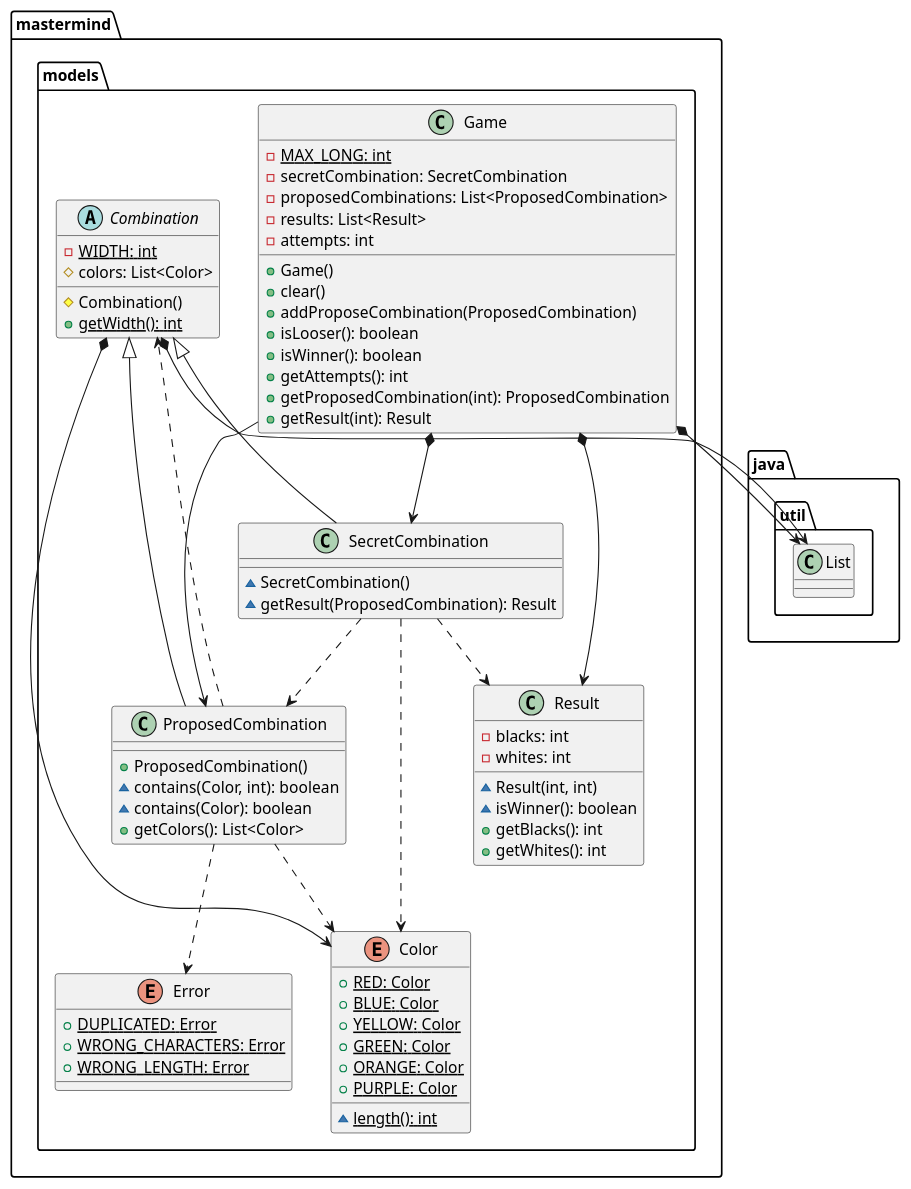
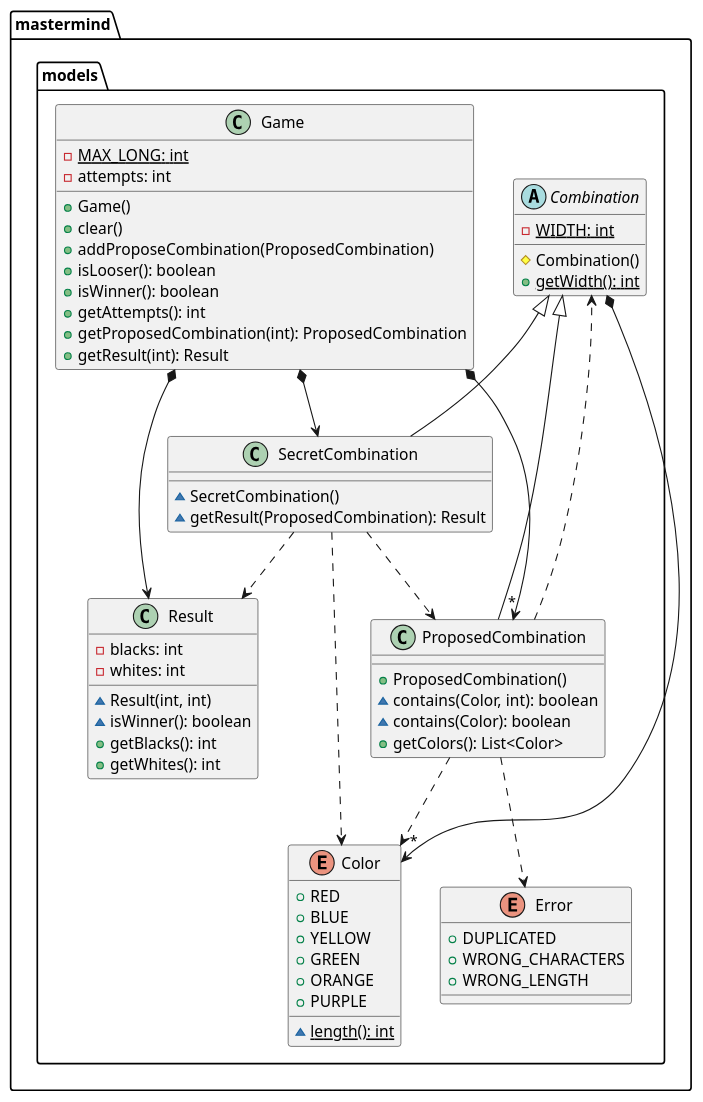
One commit to SantaTecla-mastermind/solution.java.swing.socket.sql changed the third of 4 diagrams in documentView/console/docs/diagrams/src/paquetes.plantuml. Above: the diagram before and after it, drawn with PlantUML. The commit also changed other lines of this file and 5 other files, not shown here.

Commit message:
Finalizada la modificación de diagramas

```diff
--- a/documentView/console/docs/diagrams/src/paquetes.plantuml
+++ b/documentView/console/docs/diagrams/src/paquetes.plantuml
@@ -122,76 +131,70 @@
 @startuml mastermind.models
-enum  mastermind.models.Color{
-+ {static} RED: Color
-+ {static} BLUE: Color
-+ {static} YELLOW: Color
-+ {static} GREEN: Color
-+ {static} ORANGE: Color
-+ {static} PURPLE: Color
+enum mastermind.models.Color {
++ RED
++ BLUE
++ YELLOW
++ GREEN
++ ORANGE
++ PURPLE
 ~ {static} length(): int
 }
 
-abstract class  mastermind.models.Combination{
+abstract class mastermind.models.Combination {
 - {static} WIDTH: int
-# colors: List<Color>
 # Combination()
 + {static} getWidth(): int
 }
-mastermind.models.Combination *-down-> java.util.List
-mastermind.models.Combination *-down-> mastermind.models.Color
+mastermind.models.Combination *-down-> "*" mastermind.models.Color
 
-enum  mastermind.models.Error{
-+ {static} DUPLICATED: Error
-+ {static} WRONG_CHARACTERS: Error
-+ {static} WRONG_LENGTH: Error
+enum mastermind.models.Error {
++ DUPLICATED
++ WRONG_CHARACTERS
++ WRONG_LENGTH
 }
 
-class  mastermind.models.Game{
+class mastermind.models.Game {
 - {static} MAX_LONG: int
-- secretCombination: SecretCombination
-- proposedCombinations: List<ProposedCombination>
-- results: List<Result>
 - attempts: int
 + Game()
 + clear()
 + addProposeCombination(ProposedCombination)
 + isLooser(): boolean
 + isWinner(): boolean
 + getAttempts(): int
 + getProposedCombination(int): ProposedCombination
 + getResult(int): Result
 }
-mastermind.models.Game *-down-> java.util.List
 mastermind.models.Game *-down-> mastermind.models.SecretCombination
 mastermind.models.Game *-down-> mastermind.models.Result
-mastermind.models.Game --> mastermind.models.ProposedCombination
+mastermind.models.Game *-down-> "*" mastermind.models.ProposedCombination
 
-class  mastermind.models.ProposedCombination{
+class mastermind.models.ProposedCombination {
 + ProposedCombination()
 ~ contains(Color, int): boolean
 ~ contains(Color): boolean
 + getColors(): List<Color>
 }
 mastermind.models.Combination <|-down- mastermind.models.ProposedCombination
 mastermind.models.ProposedCombination ..> mastermind.models.Error
 mastermind.models.ProposedCombination ..> mastermind.models.Color
 
-class  mastermind.models.Result{
+class mastermind.models.Result {
 - blacks: int
 - whites: int
 ~ Result(int, int)
 ~ isWinner(): boolean
 + getBlacks(): int
 + getWhites(): int
 }
 
 mastermind.models.ProposedCombination ..> mastermind.models.Combination
 
-class  mastermind.models.SecretCombination{
+class mastermind.models.SecretCombination {
 ~ SecretCombination()
 ~ getResult(ProposedCombination): Result
 }
 mastermind.models.Combination <|-down- mastermind.models.SecretCombination
 mastermind.models.SecretCombination ..> mastermind.models.Result
 mastermind.models.SecretCombination ..> mastermind.models.ProposedCombination
 mastermind.models.SecretCombination ..> mastermind.models.Color
 @enduml
```
